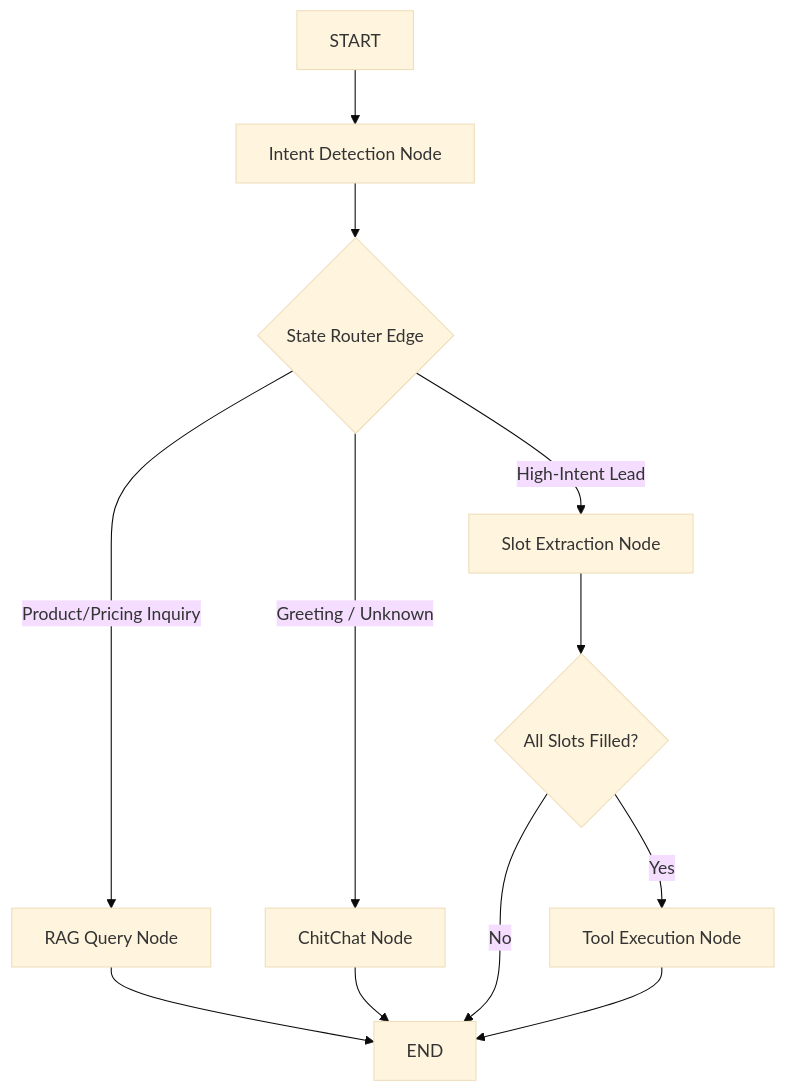
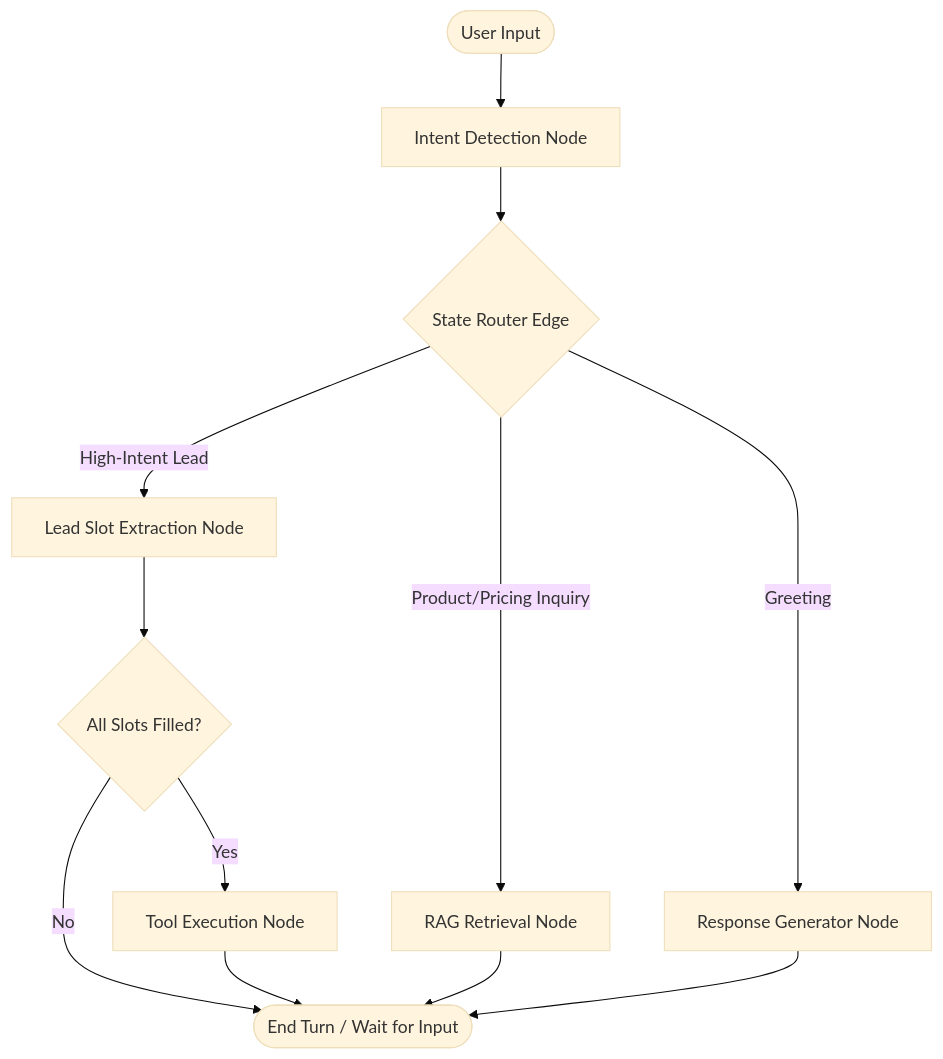
One commit to praneethreddyganta/AutoStream-Agentic-AI changed the diagram in README.md. Above: the diagram before and after it, drawn with Mermaid (base theme). The commit also changed other lines of this file and 2 other files, not shown here.

````diff
--- a/README.md
+++ b/README.md
@@ -113,18 +31,17 @@
 ```mermaid
 graph TD
-    START --> intent_detector[Intent Detection Node]
-    intent_detector --> router{State Router Edge}
+    User([User Input]) --> Intent[Intent Detection Node]
+    Intent --> Router{State Router Edge}
     
-    router -- "Greeting / Unknown" --> response_generator[ChitChat Node]
-    router -- "Product/Pricing Inquiry" --> rag_retriever[RAG Query Node]
-    router -- "High-Intent Lead" --> lead_qualifier[Slot Extraction Node]
+    Router -- "Greeting" --> ResponseGen[Response Generator Node]
+    Router -- "Product/Pricing Inquiry" --> RAG[RAG Retrieval Node]
+    Router -- "High-Intent Lead" --> Qualifier[Lead Slot Extraction Node]
     
-    rag_retriever --> END
-    response_generator --> END
+    Qualifier --> Complete{All Slots Filled?}
+    Complete -- "No" --> END([End Turn / Wait for Input])
+    Complete -- "Yes" --> Tool[Tool Execution Node]
     
-    lead_qualifier --> slot_check{All Slots Filled?}
-    slot_check -- "No" --> END
-    slot_check -- "Yes" --> tool_execution[Tool Execution Node]
-    
-    tool_execution --> END
+    Tool --> END
+    RAG --> END
+    ResponseGen --> END
 ```
````
